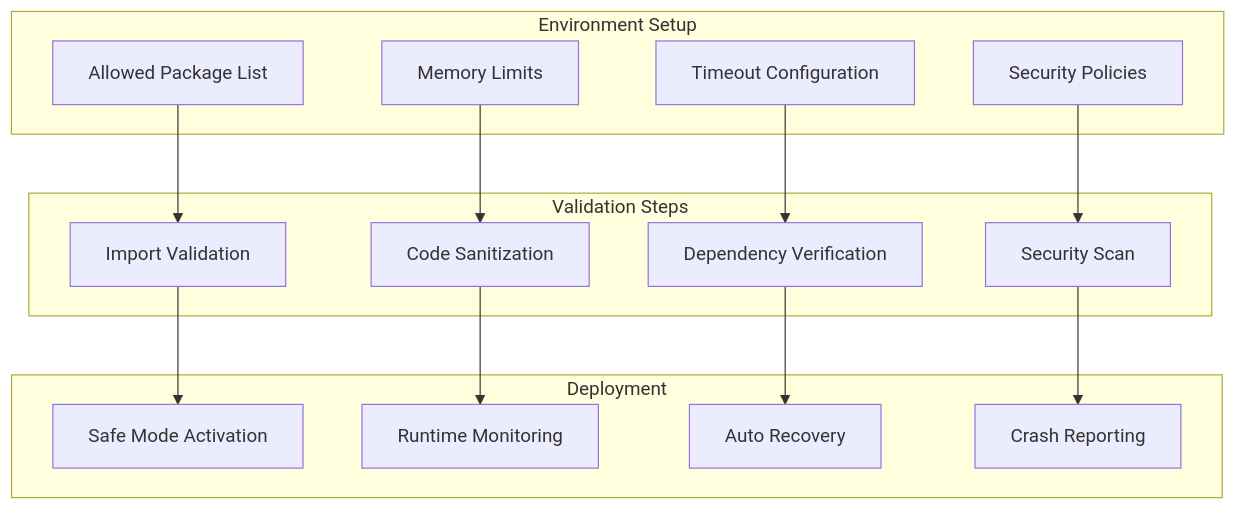
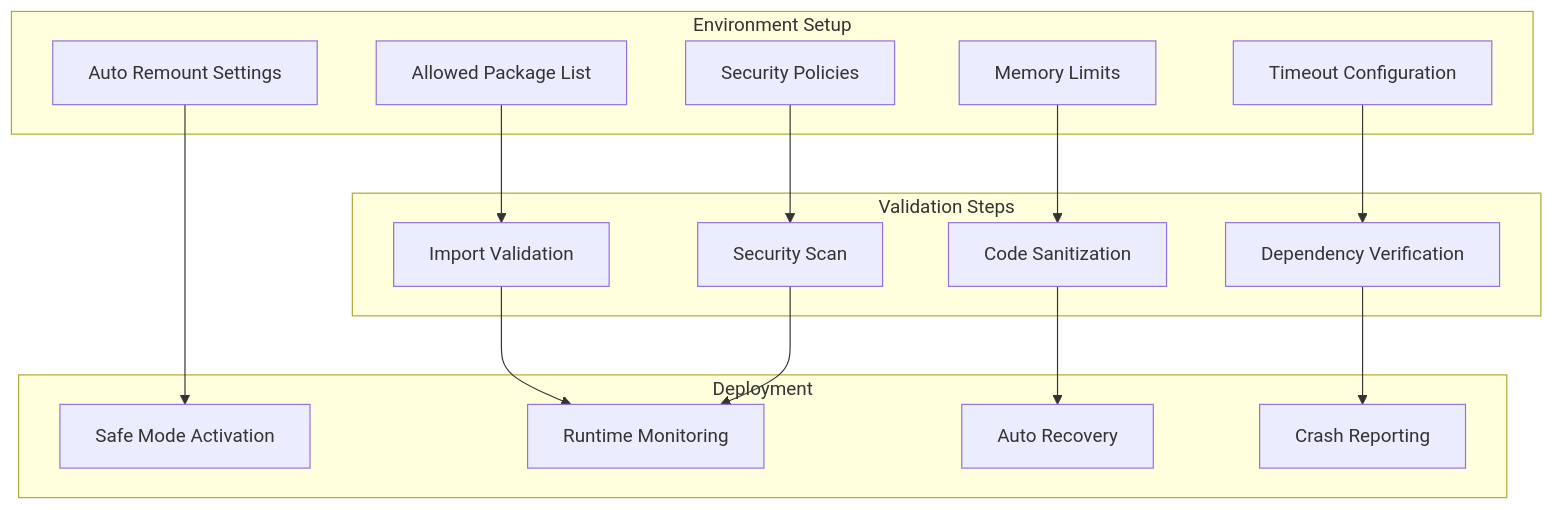
Diagram 11 of 11 in .qoder/repowiki/en/content/Sandbox Runtime Crash Handling.md (shekhargiri005-dotcom/AI-powered-accessibility-first-UI-engine), drawn with Mermaid before and after one commit. The commit also changed other lines of this file and 3 other files, not shown here.

````diff
--- a/.qoder/repowiki/en/content/Sandbox Runtime Crash Handling.md
+++ b/.qoder/repowiki/en/content/Sandbox Runtime Crash Handling.md
@@ -468,29 +504,31 @@
 ```mermaid
 graph TB
 subgraph "Environment Setup"
 AllowedPackages[Allowed Package List]
 MemoryLimits[Memory Limits]
 TimeoutSettings[Timeout Configuration]
 SecurityPolicies[Security Policies]
+AutoRemount[Auto Remount Settings]
 end
 subgraph "Validation Steps"
 ImportValidation[Import Validation]
 CodeSanitization[Code Sanitization]
 DependencyVerification[Dependency Verification]
 SecurityScan[Security Scan]
 end
 subgraph "Deployment"
 SafeMode[Safe Mode Activation]
 Monitoring[Runtime Monitoring]
 AutoRecovery[Auto Recovery]
 Reporting[Crash Reporting]
 end
 AllowedPackages --> ImportValidation
 MemoryLimits --> CodeSanitization
 TimeoutSettings --> DependencyVerification
 SecurityPolicies --> SecurityScan
-ImportValidation --> SafeMode
-CodeSanitization --> Monitoring
-DependencyVerification --> AutoRecovery
-SecurityScan --> Reporting
+AutoRemount --> SafeMode
+ImportValidation --> Monitoring
+CodeSanitization --> AutoRecovery
+DependencyVerification --> Reporting
+SecurityScan --> Monitoring
 ```
````
